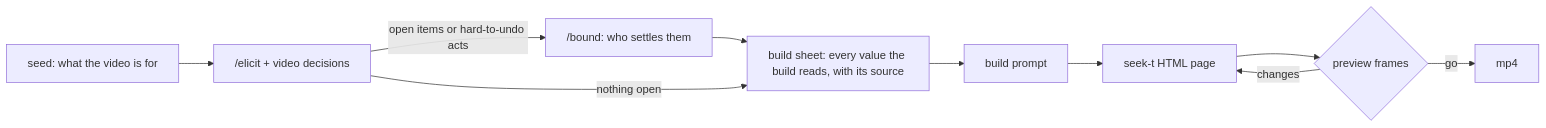
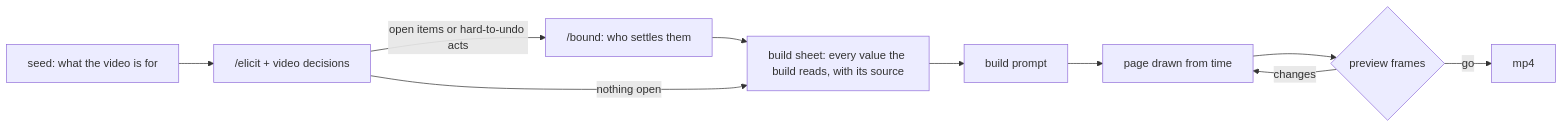
The diagram in motion/README.md (jongwony/cc-plugin), drawn with Mermaid before and after one commit. The commit also changed other lines of this file and 3 other files, not shown here.

````diff
--- a/motion/README.md
+++ b/motion/README.md
@@ -5,12 +5,12 @@
 ```mermaid
 flowchart LR
   A[seed: what the video is for] --> B["/elicit + video decisions"]
   B -- open items or hard-to-undo acts --> G["/bound: who settles them"]
   G --> S
   B -- nothing open --> S[build sheet: every value the build reads, with its source]
   S --> C[build prompt]
-  C --> D[seek-t HTML page]
+  C --> D[page drawn from time]
   D --> E{preview frames}
   E -- changes --> D
   E -- go --> F[mp4]
 ```
````
